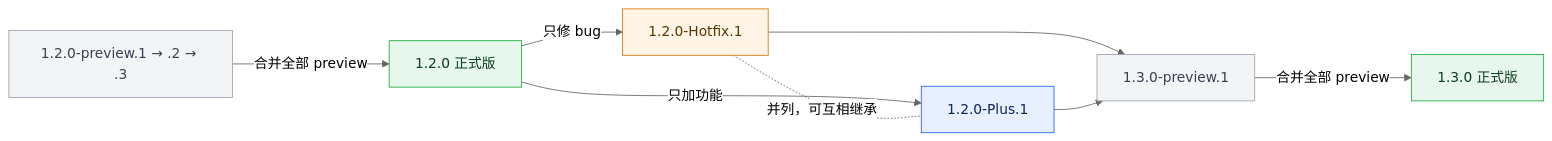
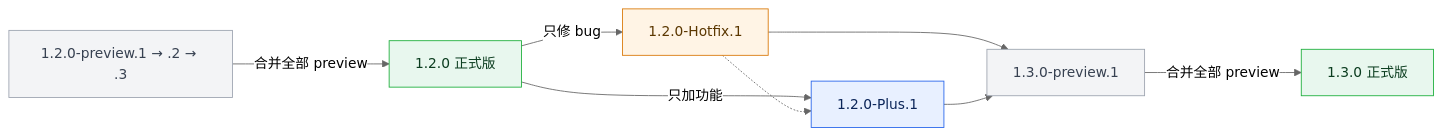
Before and after one commit to 3150481853/molly-qq-whale: the second of 2 diagrams in README.md, drawn with Mermaid (neutral theme). The commit also changed other lines of this file and 1 other file, not shown here.

Commit message:
docs(readme): 版本关系图用虚线表示 Hotfix/Plus 并列，补图例

````diff
--- a/README.md
+++ b/README.md
@@ -121,18 +121,18 @@
 ```mermaid
 flowchart LR
     P["1.2.0-preview.1 → .2 → .3"] -->|合并全部 preview| R["1.2.0 正式版"]
     R -->|只修 bug| H["1.2.0-Hotfix.1"]
     R -->|只加功能| A["1.2.0-Plus.1"]
-    H -.并列，可互相继承.- A
+    H -.-> A
     H --> N["1.3.0-preview.1"]
     A --> N
     N -->|合并全部 preview| R2["1.3.0 正式版"]
     classDef rel fill:#e8f7ee,stroke:#1aae39,color:#0b3d1f
     classDef fix fill:#fff4e5,stroke:#d97706,color:#5b3700
     classDef feat fill:#e8f0ff,stroke:#2563eb,color:#0b2559
     classDef pre fill:#f3f4f6,stroke:#9ca3af,color:#374151
     class R,R2 rel
     class H fix
     class A feat
     class P,N pre
 ```
````
